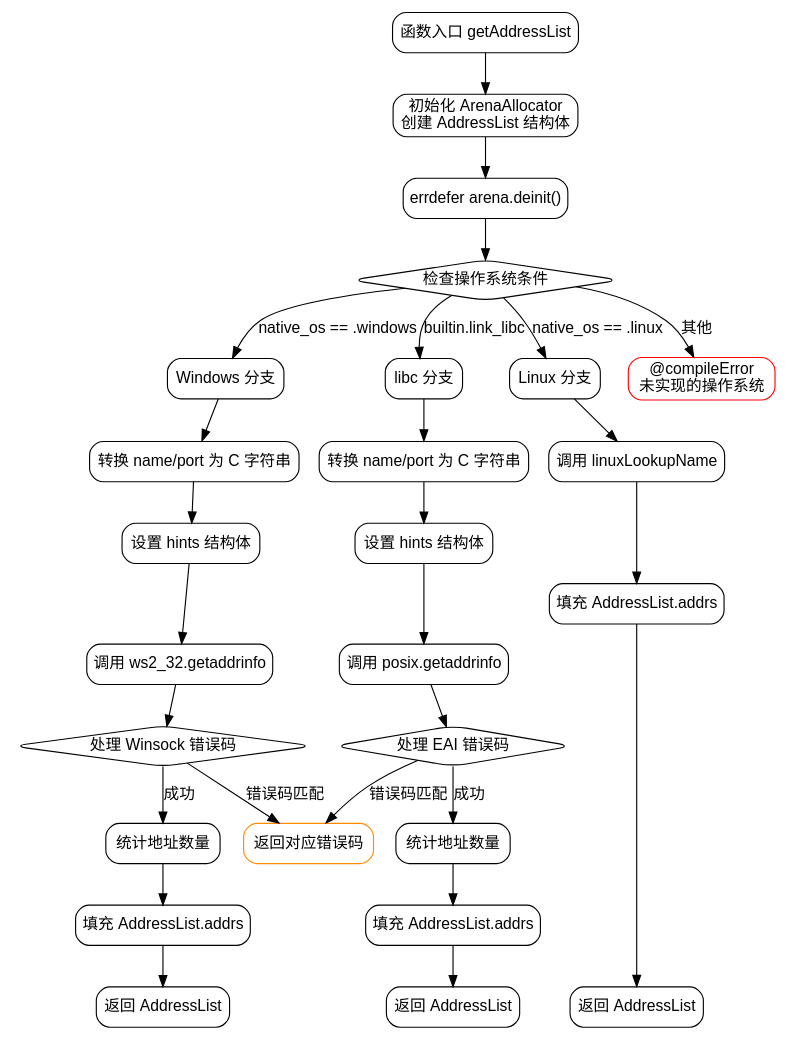
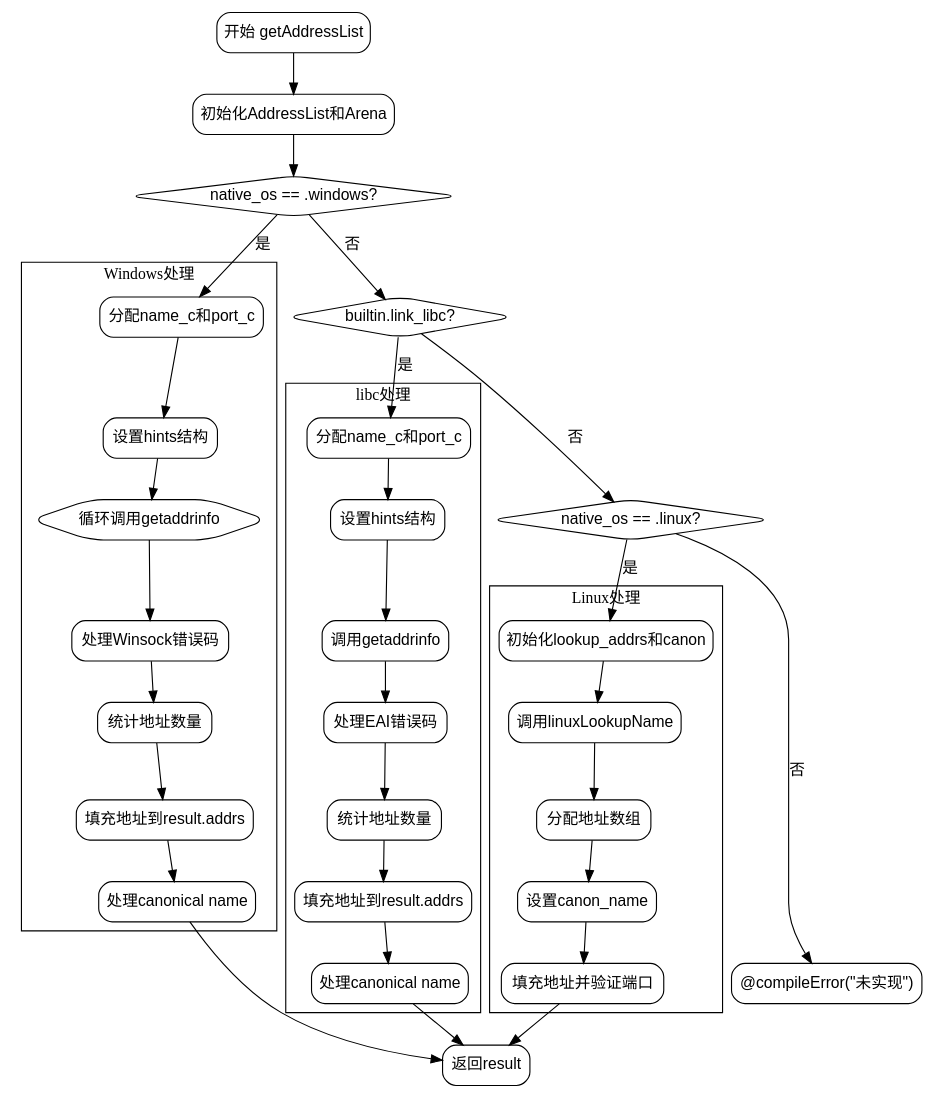
Before and after one commit to sdzx-1/deepseek-zig-reader: the diagram in dot_std/net.zig.getAddressList.md, drawn with Graphviz. The commit also changed other lines of this file and 236 other files, not shown here.

````diff
--- a/dot_std/net.zig.getAddressList.md
+++ b/dot_std/net.zig.getAddressList.md
@@ -26,70 +23,71 @@
 ```dot
 digraph flowchart {
     node [shape=rectangle, style="rounded", fontname="Arial"];
     edge [fontname="Arial"];
 
-    start [label="函数入口 getAddressList"];
-    init_arena [label="初始化 ArenaAllocator\n创建 AddressList 结构体"];
-    errdefer_arena [label="errdefer arena.deinit()"];
-    check_os [label="检查操作系统条件", shape=diamond];
+    start [label="开始 getAddressList"];
+    create_address_list [label="初始化AddressList和Arena"];
+    check_windows [label="native_os == .windows?", shape=diamond];
+    check_libc [label="builtin.link_libc?", shape=diamond];
+    check_linux [label="native_os == .linux?", shape=diamond];
+    error_os [label="@compileError(\"未实现\")", shape=box];
 
-    win_block [label="Windows 分支"];
-    win_cstrings [label="转换 name/port 为 C 字符串"];
-    win_hints [label="设置 hints 结构体"];
-    win_getaddrinfo [label="调用 ws2_32.getaddrinfo"];
-    win_error_handling [label="处理 Winsock 错误码", shape=diamond];
-    win_count_addrs [label="统计地址数量"];
-    win_fill_addrs [label="填充 AddressList.addrs"];
-    win_ret [label="返回 AddressList"];
+    subgraph cluster_windows {
+        label="Windows处理";
+        win_init [label="分配name_c和port_c"];
+        win_hints [label="设置hints结构"];
+        win_call_loop [label="循环调用getaddrinfo", shape=hexagon];
+        win_handle_errors [label="处理Winsock错误码"];
+        win_count_addrs [label="统计地址数量"];
+        win_fill_addrs [label="填充地址到result.addrs"];
+        win_canon_name [label="处理canonical name"];
+    }
 
-    libc_block [label="libc 分支"];
-    libc_cstrings [label="转换 name/port 为 C 字符串"];
-    libc_hints [label="设置 hints 结构体"];
-    libc_getaddrinfo [label="调用 posix.getaddrinfo"];
-    libc_error_handling [label="处理 EAI 错误码", shape=diamond];
-    libc_count_addrs [label="统计地址数量"];
-    libc_fill_addrs [label="填充 AddressList.addrs"];
-    libc_ret [label="返回 AddressList"];
+    subgraph cluster_libc {
+        label="libc处理";
+        libc_init [label="分配name_c和port_c"];
+        libc_hints [label="设置hints结构"];
+        libc_call [label="调用getaddrinfo"];
+        libc_handle_errors [label="处理EAI错误码"];
+        libc_count_addrs [label="统计地址数量"];
+        libc_fill_addrs [label="填充地址到result.addrs"];
+        libc_canon_name [label="处理canonical name"];
+    }
 
-    linux_block [label="Linux 分支"];
-    linux_lookup [label="调用 linuxLookupName"];
-    linux_fill_addrs [label="填充 AddressList.addrs"];
-    linux_ret [label="返回 AddressList"];
+    subgraph cluster_linux {
+        label="Linux处理";
+        linux_init [label="初始化lookup_addrs和canon"];
+        linux_call [label="调用linuxLookupName"];
+        linux_alloc [label="分配地址数组"];
+        linux_set_canon [label="设置canon_name"];
+        linux_fill [label="填充地址并验证端口"];
+    }
 
-    compile_error [label="@compileError\n未实现的操作系统", color=red];
+    end [label="返回result"];
 
-    start -> init_arena;
-    init_arena -> errdefer_arena;
-    errdefer_arena -> check_os;
+    start -> create_address_list;
+    create_address_list -> check_windows;
 
-    check_os -> win_block [label="native_os == .windows"];
-    check_os -> libc_block [label="builtin.link_libc"];
-    check_os -> linux_block [label="native_os == .linux"];
-    check_os -> compile_error [label="其他"];
+    check_windows -> win_init [label="是"];
+    check_windows -> check_libc [label="否"];
 
-    win_block -> win_cstrings;
-    win_cstrings -> win_hints;
-    win_hints -> win_getaddrinfo;
-    win_getaddrinfo -> win_error_handling;
-    win_error_handling -> win_count_addrs [label="成功"];
-    win_error_handling -> error_returns [label="错误码匹配"];
-    win_count_addrs -> win_fill_addrs;
-    win_fill_addrs -> win_ret;
+    check_libc -> libc_init [label="是"];
+    check_libc -> check_linux [label="否"];
 
-    libc_block -> libc_cstrings;
-    libc_cstrings -> libc_hints;
-    libc_hints -> libc_getaddrinfo;
-    libc_getaddrinfo -> libc_error_handling;
-    libc_error_handling -> libc_count_addrs [label="成功"];
-    libc_error_handling -> error_returns [label="错误码匹配"];
-    libc_count_addrs -> libc_fill_addrs;
-    libc_fill_addrs -> libc_ret;
+    check_linux -> linux_init [label="是"];
+    check_linux -> error_os [label="否"];
 
-    linux_block -> linux_lookup;
-    linux_lookup -> linux_fill_addrs;
-    linux_fill_addrs -> linux_ret;
+    win_init -> win_hints -> win_call_loop;
+    win_call_loop -> win_handle_errors -> win_count_addrs;
+    win_count_addrs -> win_fill_addrs -> win_canon_name -> end;
 
-    error_returns [label="返回对应错误码", color=darkorange];
-    {rank=same; win_ret libc_ret linux_ret}
+    libc_init -> libc_hints -> libc_call;
+    libc_call -> libc_handle_errors -> libc_count_addrs;
+    libc_count_addrs -> libc_fill_addrs -> libc_canon_name -> end;
+
+    linux_init -> linux_call -> linux_alloc;
+    linux_alloc -> linux_set_canon -> linux_fill -> end;
+
+    error_os -> end [style=invis];
 }
 ```
````
